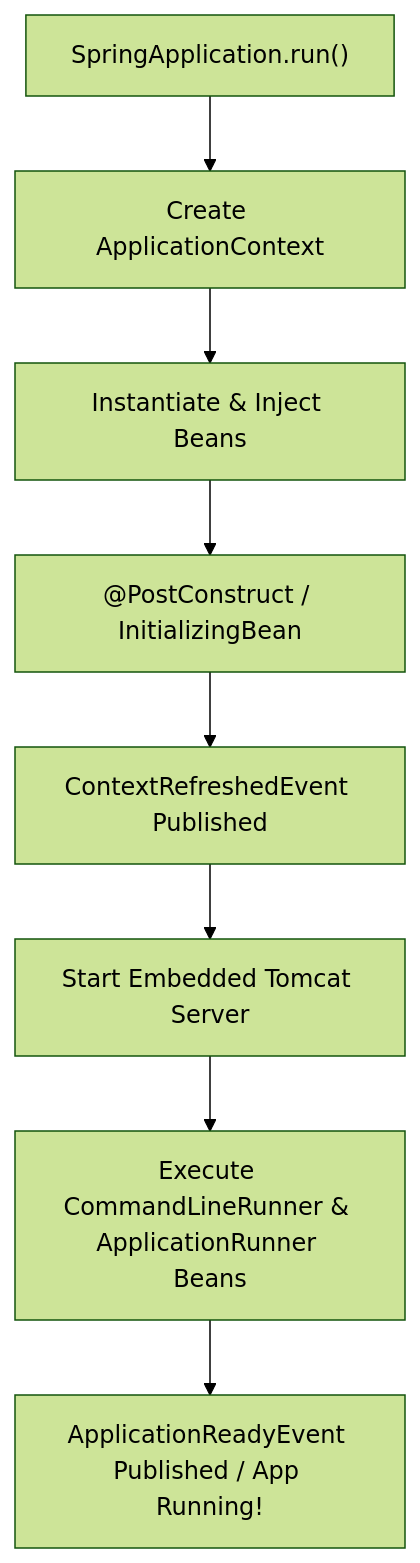
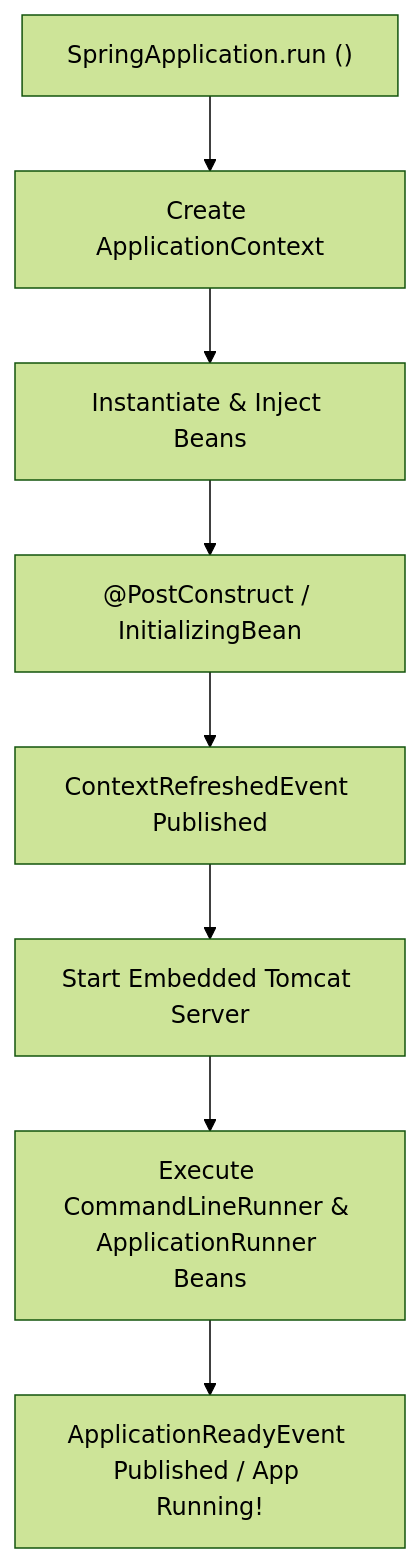
One commit to pploc/swe-icon-the-moment changed the diagram in content/questions/language/java/spring-boot-application-runner.md. Above: the diagram before and after it, drawn with Mermaid (forest theme). The commit also changed 95 other files, not shown here.

Commit message:
fix: update the practice mode diagram bug not display

````diff
--- a/content/questions/language/java/spring-boot-application-runner.md
+++ b/content/questions/language/java/spring-boot-application-runner.md
@@ -19,11 +19,12 @@
 ```mermaid
 flowchart TD
-    Start["SpringApplication.run()"] --> Inst["Create ApplicationContext"]
+    Start["SpringApplication.run ()"] --> Inst["Create ApplicationContext"]
     Inst --> Beans["Instantiate & Inject Beans"]
     Beans --> PostConstruct["@PostConstruct / InitializingBean"]
     PostConstruct --> ContextRefreshed["ContextRefreshedEvent Published"]
     ContextRefreshed --> EmbeddedServer["Start Embedded Tomcat Server"]
     EmbeddedServer --> Runners["Execute CommandLineRunner & ApplicationRunner Beans"]
     Runners --> AppReady["ApplicationReadyEvent Published / App Running!"]
 
+
 ```
````
